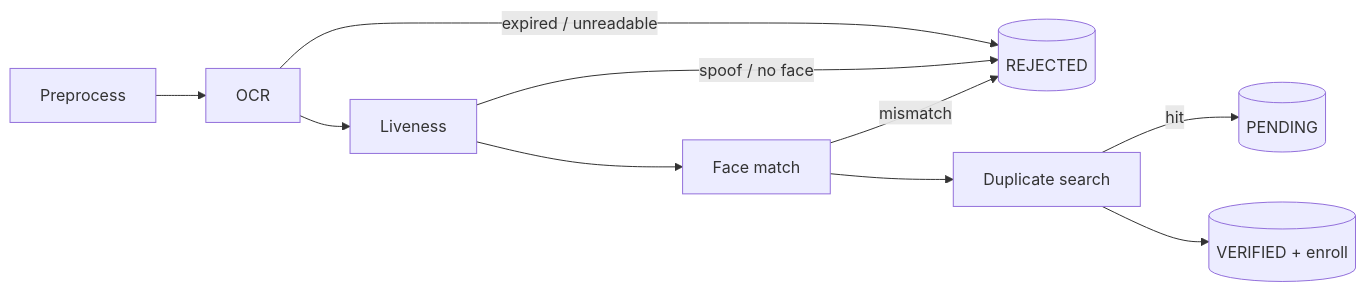
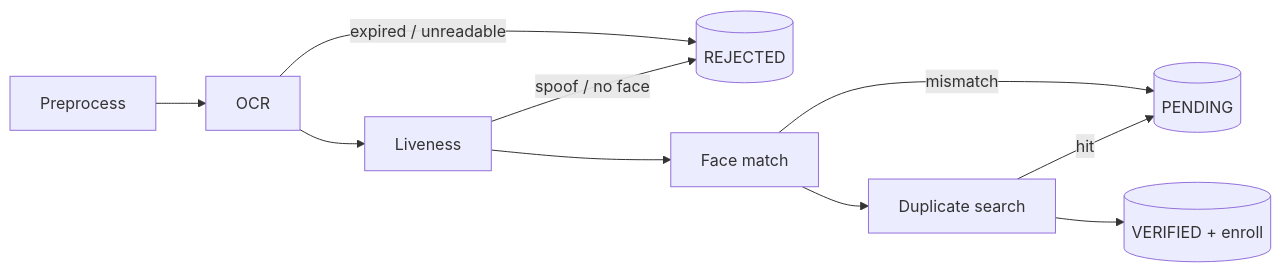
One commit to LUC-XAVIER/kyc-api changed the diagram in docs/ML-PIPELINE.md. Above: the diagram before and after it, drawn with Mermaid. The commit also changed other lines of this file and 4 other files, not shown here.

````diff
--- a/docs/ML-PIPELINE.md
+++ b/docs/ML-PIPELINE.md
@@ -12,12 +12,12 @@
 ```mermaid
 flowchart LR
     A[Preprocess] --> B[OCR]
     B -->|expired / unreadable| R[(REJECTED)]
     B --> C[Liveness]
     C -->|spoof / no face| R
     C --> D[Face match]
-    D -->|mismatch| R
+    D -->|mismatch| P
     D --> E[Duplicate search]
     E -->|hit| P[(PENDING)]
     E --> V[(VERIFIED + enroll)]
 ```
````
